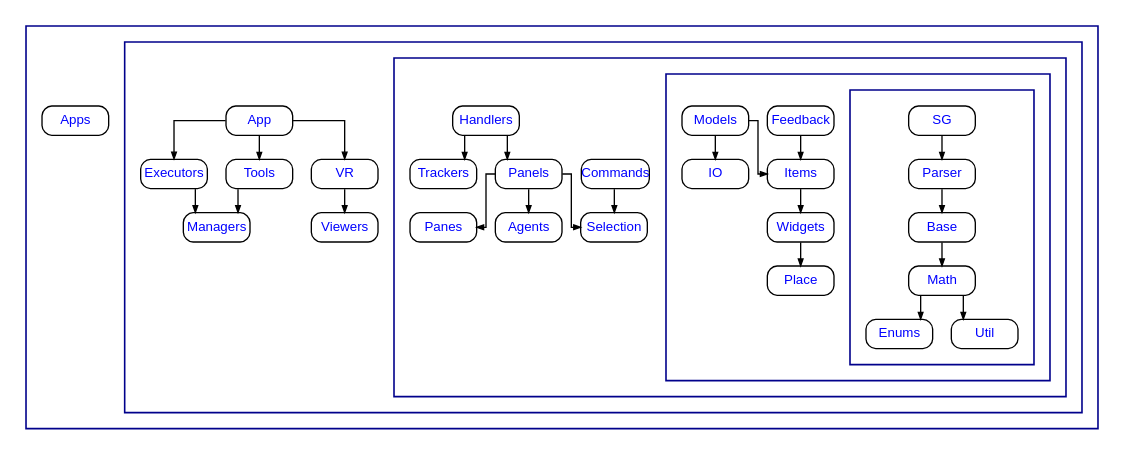
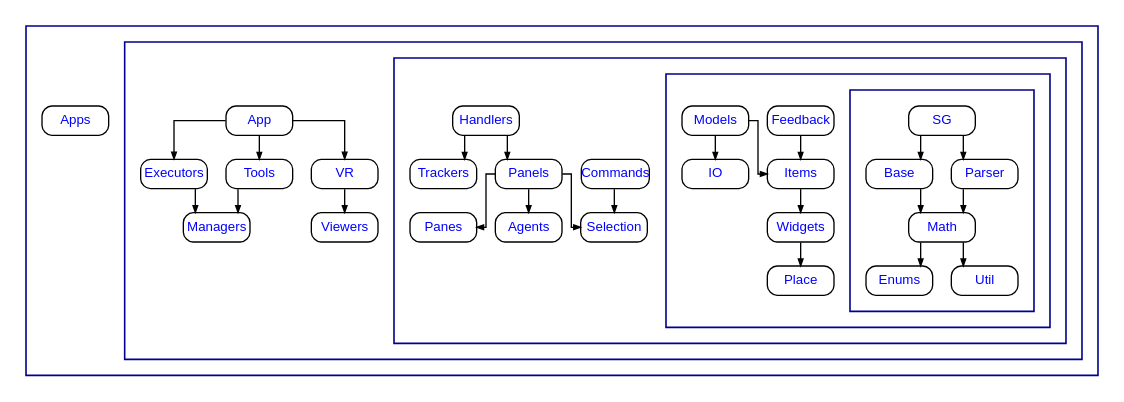
Before and after one commit to pss959/EasyMaker3D: the diagram in InternalDoc/include/moduledependencies.dot, drawn with Graphviz.

Commit message:
Updated (generated) module dependency graph, now that Parser no longer depends on Base.

```diff
--- a/InternalDoc/include/moduledependencies.dot
+++ b/InternalDoc/include/moduledependencies.dot
@@ -1,108 +1,109 @@
 strict digraph {
 	graph [nodesep=0.2,
 		pencolor=darkblue,
 		penwidth=1.2,
 		rankdir=TB,
 		ranksep=0.25,
 		splines=ortho
 	];
 	node [fontcolor=blue,
 		fontname=Arial,
 		fontsize=10,
 		height=0.3,
 		margin=0,
 		shape=box,
 		style=rounded,
 		width=0.7
 	];
 	edge [arrowsize=0.5];
 	subgraph cluster_0 {
 		graph [margin=12];
 		subgraph cluster_1 {
 			graph [margin=12];
 			subgraph cluster_2 {
 				graph [margin=12];
 				subgraph cluster_3 {
 					graph [margin=12];
 					subgraph cluster_4 {
 						graph [margin=12];
 						Base	[URL="\ref Base",
 							group=4];
 						Math	[URL="\ref Math",
 							group=4];
 						Base -> Math;
 						Enums	[URL="\ref Enums",
 							group=4];
 						Math -> Enums;
 						Util	[URL="\ref Util",
 							group=4];
 						Math -> Util;
 						Parser	[URL="\ref Parser",
 							group=4];
-						Parser -> Base;
+						Parser -> Math;
 						SG	[URL="\ref SG",
 							group=4];
+						SG -> Base;
 						SG -> Parser;
 					}
 					Feedback	[URL="\ref Feedback",
 						group=3];
 					Items	[URL="\ref Items",
 						group=3];
 					Feedback -> Items;
 					IO	[URL="\ref IO",
 						group=3];
 					Widgets	[URL="\ref Widgets",
 						group=3];
 					Items -> Widgets;
 					Models	[URL="\ref Models",
 						group=3];
 					Models -> IO;
 					Models -> Items;
 					Place	[URL="\ref Place",
 						group=3];
 					Widgets -> Place;
 				}
 				Agents	[URL="\ref Agents",
 					group=2];
 				Commands	[URL="\ref Commands",
 					group=2];
 				Selection	[URL="\ref Selection",
 					group=2];
 				Commands -> Selection;
 				Handlers	[URL="\ref Handlers",
 					group=2];
 				Trackers	[URL="\ref Trackers",
 					group=2];
 				Handlers -> Trackers;
 				Panels	[URL="\ref Panels",
 					group=2];
 				Handlers -> Panels;
 				Panels -> Agents;
 				Panes	[URL="\ref Panes",
 					group=2];
 				Panels -> Panes;
 				Panels -> Selection;
 			}
 			App	[URL="\ref App",
 				group=1];
 			Executors	[URL="\ref Executors",
 				group=1];
 			App -> Executors;
 			Tools	[URL="\ref Tools",
 				group=1];
 			App -> Tools;
 			VR	[URL="\ref VR",
 				group=1];
 			App -> VR;
 			Managers	[URL="\ref Managers",
 				group=1];
 			Executors -> Managers;
 			Tools -> Managers;
 			Viewers	[URL="\ref Viewers",
 				group=1];
 			VR -> Viewers;
 		}
 		Apps	[URL="\ref Apps",
 			group=0];
 	}
 }
```
